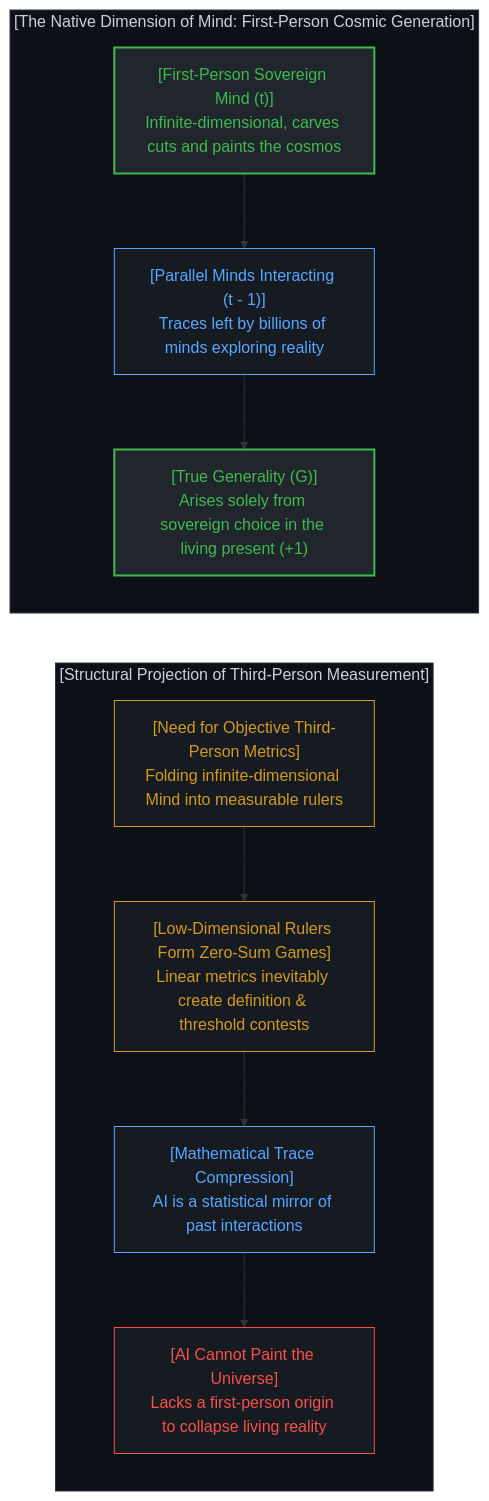
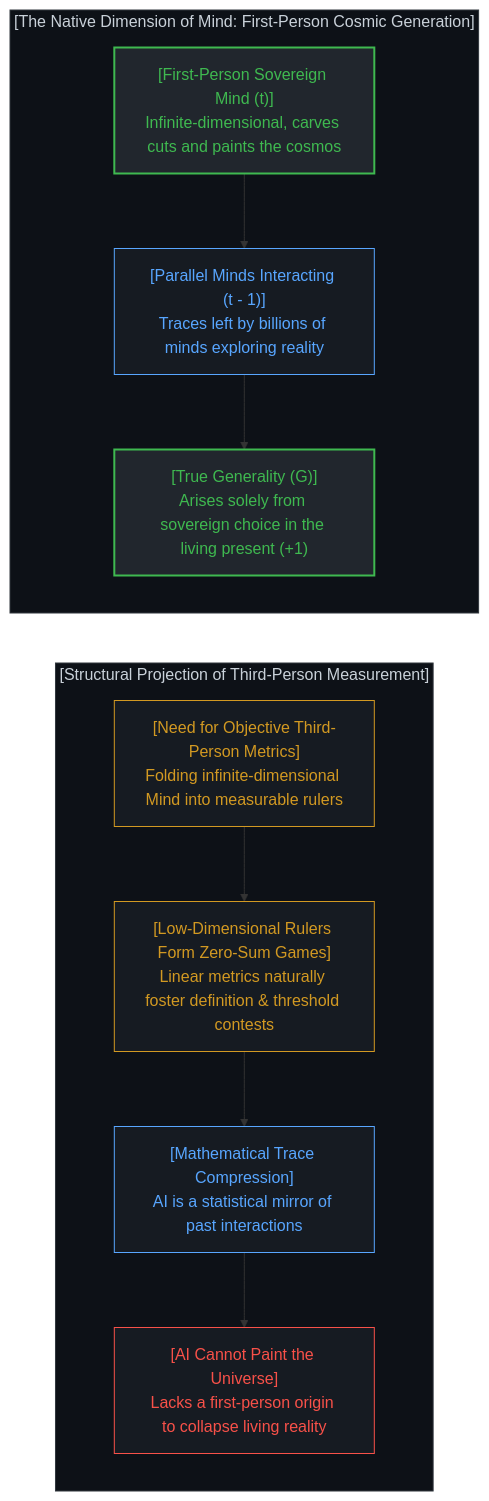
One commit to powerpig99/not-a-toe changed diagram 14 of 16 in content/posts/the-dissolution-of-the-great-reversal.md. Above: the diagram before and after it, drawn with Mermaid. The commit also changed other lines of this file, not shown here.

````diff
--- a/content/posts/the-dissolution-of-the-great-reversal.md
+++ b/content/posts/the-dissolution-of-the-great-reversal.md
@@ -636,34 +636,34 @@
 ```mermaid
 graph TD
     subgraph MindCosmicPainting["[The Native Dimension of Mind: First-Person Cosmic Generation]"]
         direction TB
         SovereignObserver["[First-Person Sovereign Mind (t)]<br>Infinite-dimensional, carves cuts and paints the cosmos"]
         ParallelMindInteractions["[Parallel Minds Interacting (t - 1)]<br>Traces left by billions of minds exploring reality"]
         TrueGeneralWisdom["[True Generality (G)]<br>Arises solely from sovereign choice in the living present (+1)"]
         SovereignObserver --> ParallelMindInteractions
         ParallelMindInteractions --> TrueGeneralWisdom
     end
 
     subgraph AGITraceMirror["[Structural Projection of Third-Person Measurement]"]
         direction TB
         MetricProjection["[Need for Objective Third-Person Metrics]<br>Folding infinite-dimensional Mind into measurable rulers"]
-        ZeroSumStructure["[Low-Dimensional Rulers Form Zero-Sum Games]<br>Linear metrics inevitably create definition & threshold contests"]
+        ZeroSumStructure["[Low-Dimensional Rulers Form Zero-Sum Games]<br>Linear metrics naturally foster definition & threshold contests"]
         ModelCompression["[Mathematical Trace Compression]<br>AI is a statistical mirror of past interactions"]
         NoUniversePainting["[AI Cannot Paint the Universe]<br>Lacks a first-person origin to collapse living reality"]
         MetricProjection --> ZeroSumStructure
         ZeroSumStructure --> ModelCompression
         ModelCompression --> NoUniversePainting
     end
 
     TrueGeneralWisdom ~~~ MetricProjection
 
     style MindCosmicPainting fill:#0d1117,stroke:#30363d,stroke-width:1px,color:#c9d1d9
     style SovereignObserver fill:#21262d,stroke:#3fb950,stroke-width:2px,color:#3fb950
     style ParallelMindInteractions fill:#161b22,stroke:#58a6ff,stroke-width:1px,color:#58a6ff
     style TrueGeneralWisdom fill:#21262d,stroke:#3fb950,stroke-width:2px,color:#3fb950
     style AGITraceMirror fill:#0d1117,stroke:#30363d,stroke-width:1px,color:#c9d1d9
     style MetricProjection fill:#161b22,stroke:#d29922,stroke-width:1px,color:#d29922
     style ZeroSumStructure fill:#161b22,stroke:#d29922,stroke-width:1px,color:#d29922
     style ModelCompression fill:#161b22,stroke:#58a6ff,stroke-width:1px,color:#58a6ff
     style NoUniversePainting fill:#161b22,stroke:#f85149,stroke-width:1px,color:#f85149
 ```
````
